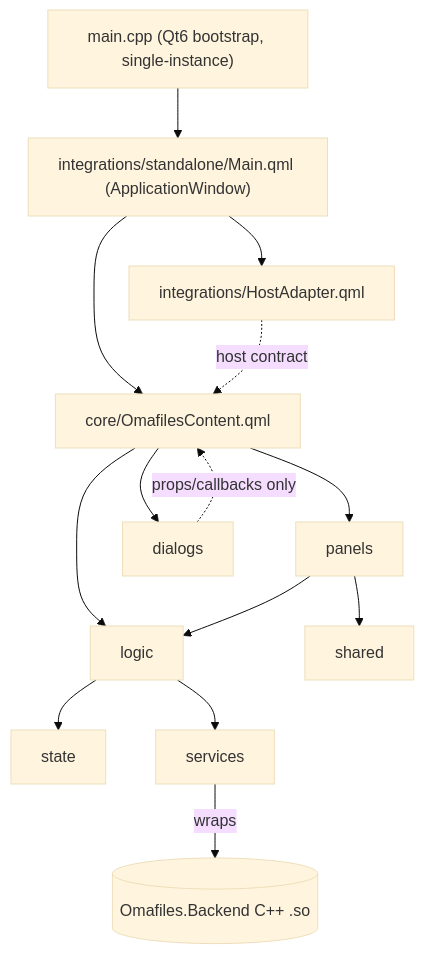
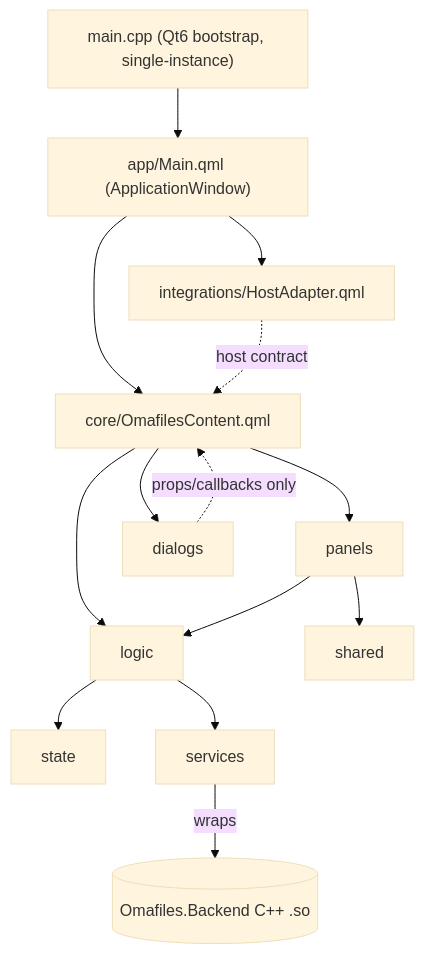
One commit to Flaxenox/omafiles changed the diagram in ARCHITECTURE.md. Above: the diagram before and after it, drawn with Mermaid (base theme). The commit also changed other lines of this file and 36 other files, not shown here.

First line of the commit message:
refactor: collapse integrations/ into canonical app/ layout

````diff
--- a/ARCHITECTURE.md
+++ b/ARCHITECTURE.md
@@ -57,16 +57,16 @@
 ```mermaid
 graph TD
-  Main["main.cpp (Qt6 bootstrap, single-instance)"] --> MainQml["integrations/standalone/Main.qml (ApplicationWindow)"]
+  Main["main.cpp (Qt6 bootstrap, single-instance)"] --> MainQml["app/Main.qml (ApplicationWindow)"]
   MainQml --> Adapter["integrations/HostAdapter.qml"]
   MainQml --> Content["core/OmafilesContent.qml"]
   Adapter -.host contract.-> Content
   Content --> panels
   Content --> dialogs
   Content --> logic
   panels --> logic
   dialogs -. props/callbacks only .-> Content
   logic --> state
   logic --> services
   panels --> shared
   services -->|wraps| Backend[(Omafiles.Backend C++ .so)]
 ```
````
